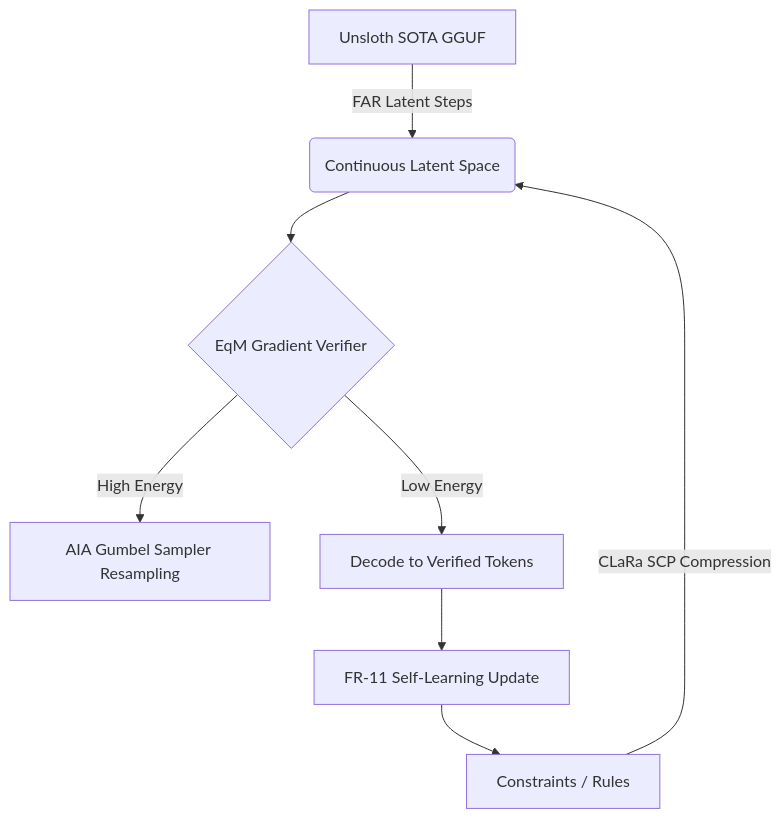
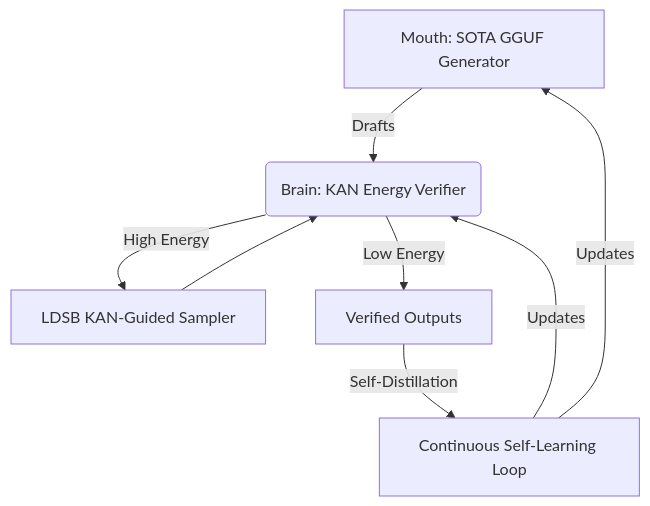
Before and after one commit to Carnot-EBM/carnot-ebm: the diagram in openspec/change-proposals/research-roadmap-vNEXT.md, drawn with Mermaid. The commit also changed other lines of this file and 3 other files, not shown here.

````diff
--- a/openspec/change-proposals/research-roadmap-vNEXT.md
+++ b/openspec/change-proposals/research-roadmap-vNEXT.md
@@ -29,10 +29,10 @@
 ```mermaid
 graph TD;
-    A[Unsloth SOTA GGUF] -->|FAR Latent Steps| B(Continuous Latent Space);
-    C[Constraints / Rules] -->|CLaRa SCP Compression| B;
-    B --> D{EqM Gradient Verifier};
-    D -->|High Energy| E[AIA Gumbel Sampler Resampling];
-    D -->|Low Energy| F[Decode to Verified Tokens];
-    F --> G[FR-11 Self-Learning Update];
-    G --> C;
+    A[Mouth: SOTA GGUF Generator] -->|Drafts| B(Brain: KAN Energy Verifier);
+    B -->|High Energy| C[LDSB KAN-Guided Sampler];
+    C --> B;
+    B -->|Low Energy| D[Verified Outputs];
+    D -->|Self-Distillation| E[Continuous Self-Learning Loop];
+    E -->|Updates| B;
+    E -->|Updates| A;
 ```
````
